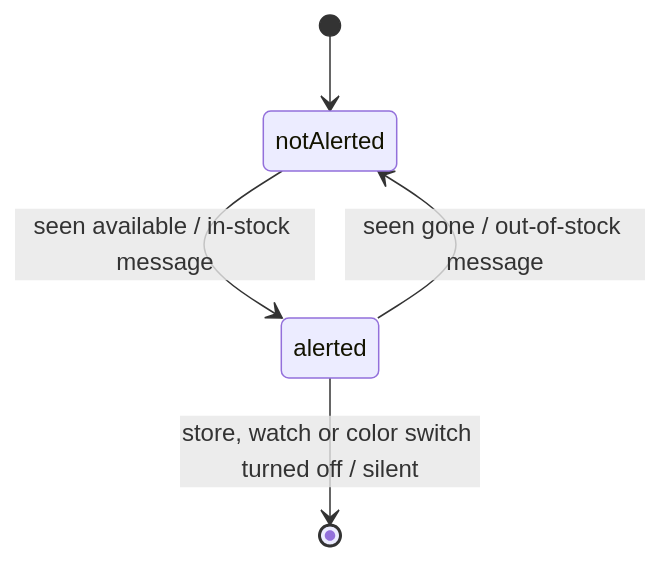
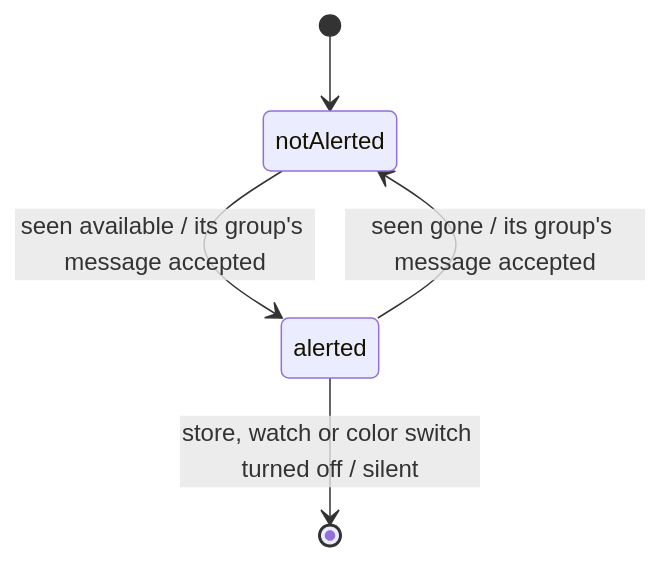
Before and after one commit to fabricio21x/apple-pickup-watch: the second of 2 diagrams in docs/features/2026-10-22-pickup-watch/overview.md, drawn with Mermaid. The commit also changed other lines of this file and 2 other files, not shown here.

````diff
--- a/docs/features/2026-10-22-pickup-watch/overview.md
+++ b/docs/features/2026-10-22-pickup-watch/overview.md
@@ -36,7 +38,7 @@
 ```mermaid
 stateDiagram-v2
   [*] --> notAlerted
-  notAlerted --> alerted : seen available / in-stock message
-  alerted --> notAlerted : seen gone / out-of-stock message
+  notAlerted --> alerted : seen available / its group's message accepted
+  alerted --> notAlerted : seen gone / its group's message accepted
   alerted --> [*] : store, watch or color switch turned off / silent
 ```
````
